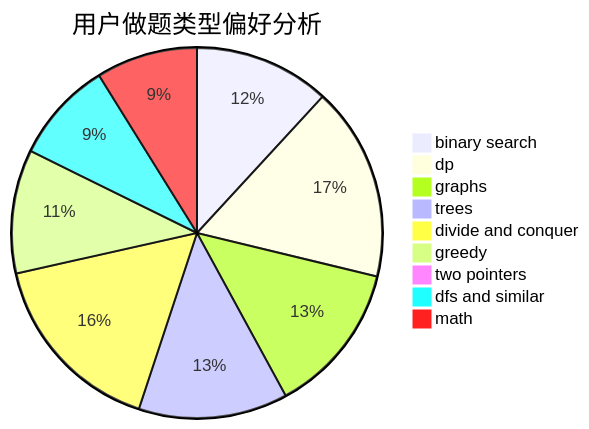
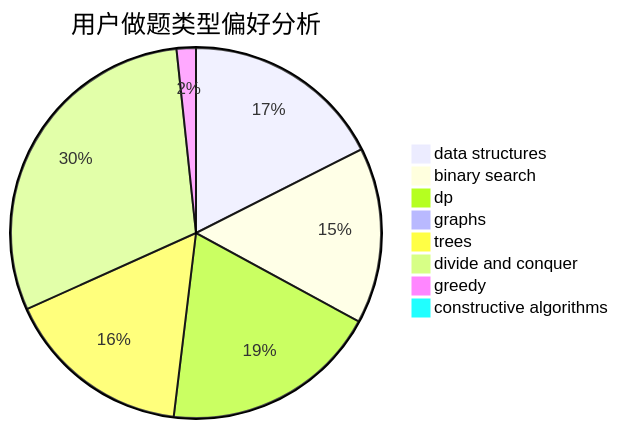
Before and after one commit to sherpahu/cfrs.github.io: the second of 3 diagrams in docs/user/u326.md, drawn with Mermaid. The commit also changed other lines of this file and 2775 other files, not shown here.

````diff
--- a/docs/user/u326.md
+++ b/docs/user/u326.md
@@ -23,12 +23,11 @@
 ```mermaid
 pie title 用户做题类型偏好分析
-    "binary search" :  91
-    "dp" :  130
-    "graphs" :  102
-    "trees" :  100
-    "divide and conquer" :  126
-    "greedy" :  83
-    "two pointers" :  5
-    "dfs and similar" :  68
-    "math" :  68
+    "data structures" :  73
+    "binary search" :  64
+    "dp" :  79
+    "graphs" :  0
+    "trees" :  68
+    "divide and conquer" :  125
+    "greedy" :  7
+    "constructive algorithms" :  3
 ```
````
